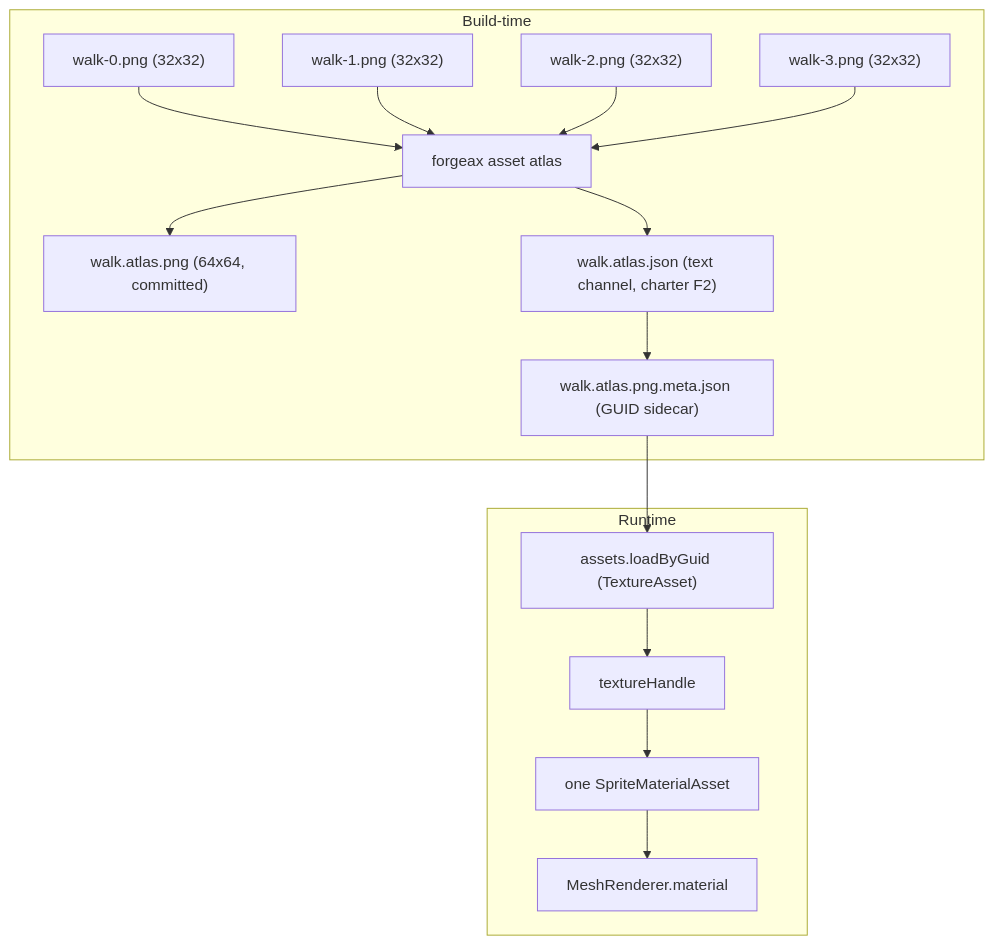
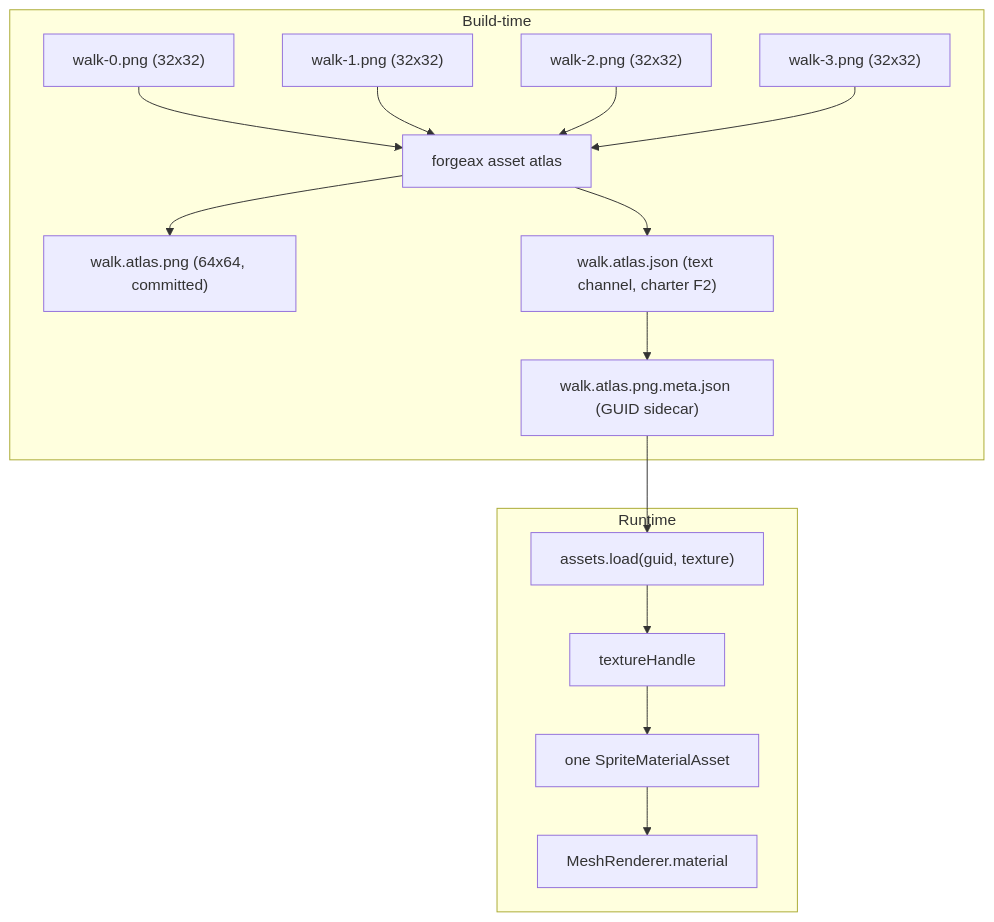
One commit to ForgeAX/forgeax-engine changed the diagram in apps/hello/sprite-atlas/README.md. Above: the diagram before and after it, drawn with Mermaid. The commit also changed other lines of this file and 4113 other files, not shown here.

````diff
--- a/apps/hello/sprite-atlas/README.md
+++ b/apps/hello/sprite-atlas/README.md
@@ -66,18 +58,18 @@
 ```mermaid
 flowchart TD
   subgraph build["Build-time"]
     png0["walk-0.png (32x32)"] --> atlasCLI["forgeax asset atlas"]
     png1["walk-1.png (32x32)"] --> atlasCLI
     png2["walk-2.png (32x32)"] --> atlasCLI
     png3["walk-3.png (32x32)"] --> atlasCLI
     atlasCLI --> atlasPNG["walk.atlas.png (64x64, committed)"]
     atlasCLI --> sidecar["walk.atlas.json (text channel, charter F2)"]
     sidecar --> metaJSON["walk.atlas.png.meta.json (GUID sidecar)"]
   end
   subgraph runtime["Runtime"]
-    metaJSON --> loadByGuid["assets.loadByGuid (TextureAsset)"]
-    loadByGuid --> tex["textureHandle"]
+    metaJSON --> loadAsset["assets.load(guid, texture)"]
+    loadAsset --> tex["textureHandle"]
     tex --> mat["one SpriteMaterialAsset"]
     mat --> mr["MeshRenderer.material"]
   end
 ```
````
